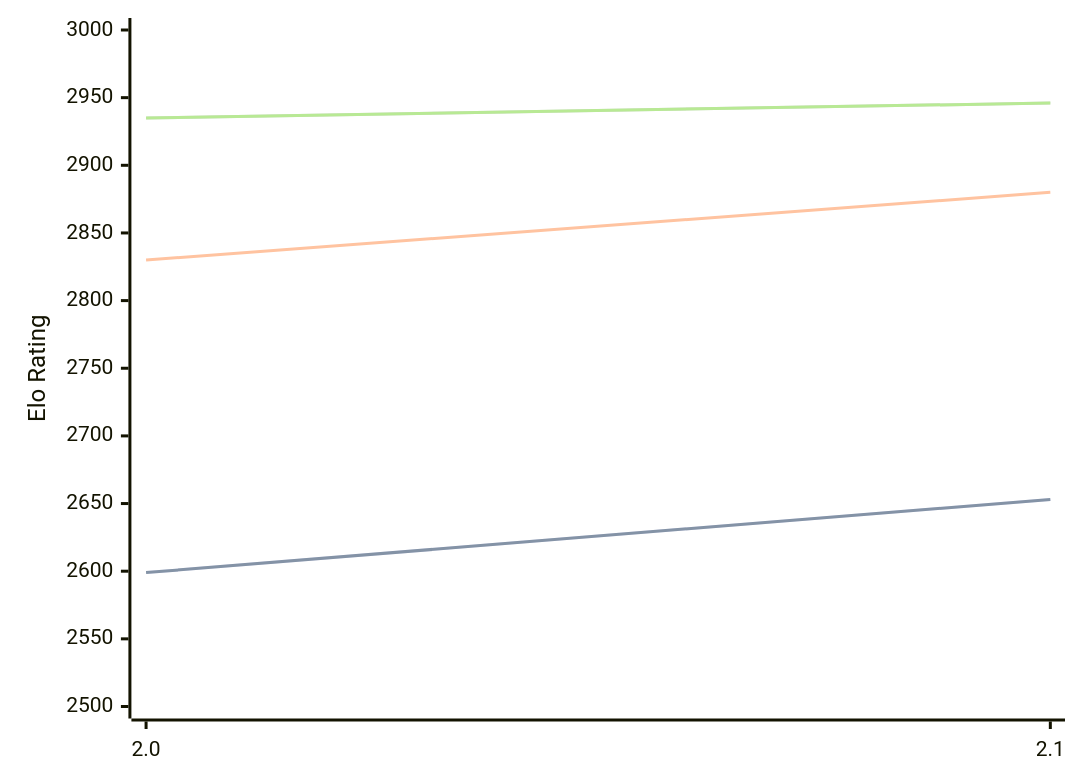
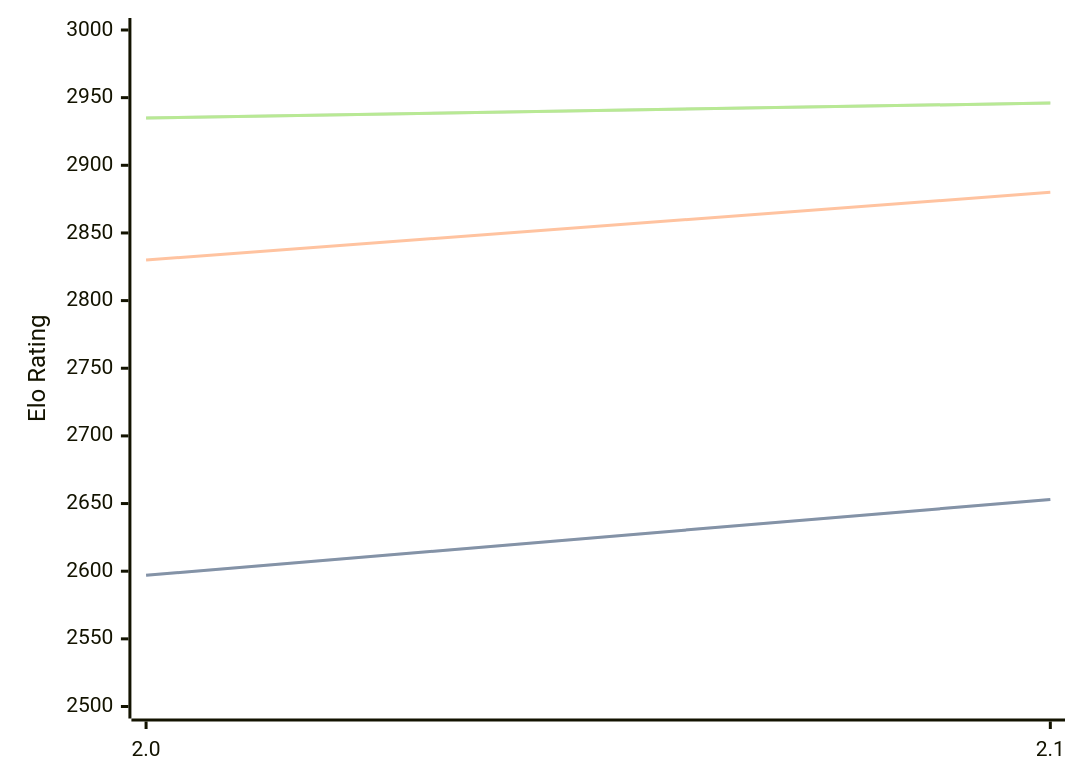
Before and after one commit to computer-chess-index/cci: the diagram in engines/Noggin.md, drawn with Mermaid. The commit also changed other lines of this file, not shown here.

````diff
--- a/engines/Noggin.md
+++ b/engines/Noggin.md
@@ -33,11 +33,11 @@
 ```mermaid
 %%{init: {"theme":"base","themeVariables":{"seriesColors:['#a3a3a3','#222221','#faa371']}}}%%
 xychart-beta
   x-axis ["2.0", "2.1"]
   y-axis "Elo Rating" 2500 --> 3000
-  line "" [2599, 2653]
-  line "STC (8.0+0.08s)" [2599, 2653]
+  line "" [2597, 2653]
+  line "STC (8.0+0.08s)" [2597, 2653]
   line "LTC (60.0+0.60s)" [2830, 2880]
   line "" [2935, 2946]
   line "VLTC (2m24s+1.12s)" [2935, 2946]
 ```
````
